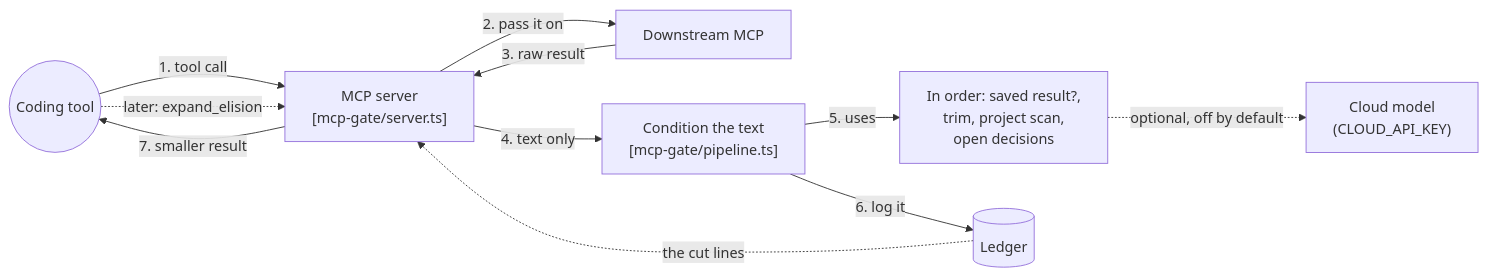
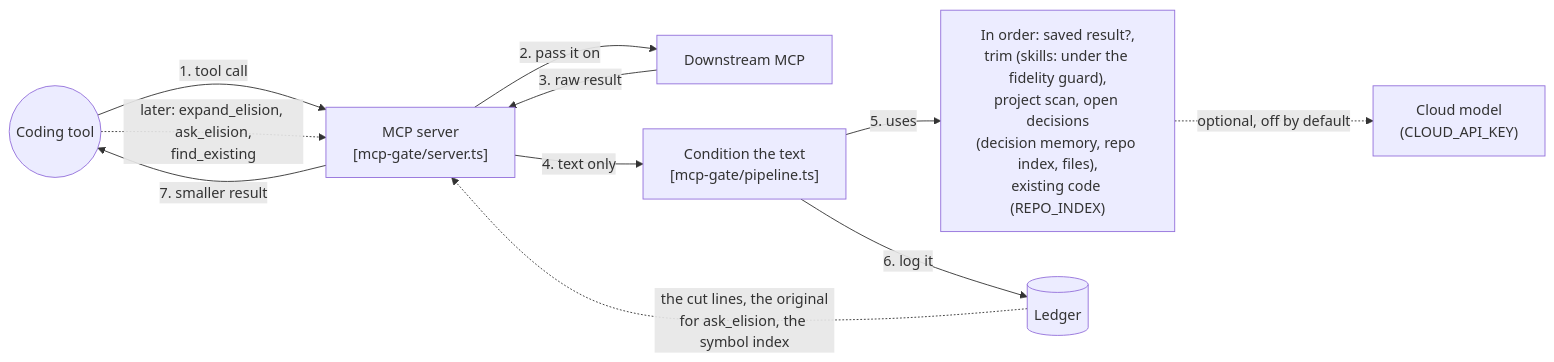
Before and after one commit to zenithfoundry/slm-gate: the second of 5 diagrams in README.md, drawn with Mermaid. The commit also changed other lines of this file and 52 other files, not shown here.

````diff
--- a/README.md
+++ b/README.md
@@ -129,21 +129,21 @@
 ```mermaid
 flowchart LR
   tool(("Coding tool"))
   server["MCP server<br/>[mcp-gate/server.ts]"]
   toolbox["Downstream MCP"]
   cond["Condition the text<br/>[mcp-gate/pipeline.ts]"]
-  helpers["In order: saved result?,<br/>trim, project scan,<br/>open decisions"]
+  helpers["In order: saved result?,<br/>trim (skills: under the fidelity guard),<br/>project scan, open decisions<br/>(decision memory, repo index, files),<br/>existing code (REPO_INDEX)"]
   ledger[("Ledger")]
   paid["Cloud model<br/>(CLOUD_API_KEY)"]
 
   tool -->|"1. tool call"| server
   server -->|"2. pass it on"| toolbox
   toolbox -->|"3. raw result"| server
   server -->|"4. text only"| cond
   cond -->|"5. uses"| helpers
   cond -->|"6. log it"| ledger
   server -->|"7. smaller result"| tool
   helpers -.->|"optional, off by default"| paid
-  tool -.->|"later: expand_elision"| server
-  ledger -.->|"the cut lines"| server
+  tool -.->|"later: expand_elision, ask_elision,<br/>find_existing"| server
+  ledger -.->|"the cut lines, the original<br/>for ask_elision, the symbol index"| server
 ```
````
